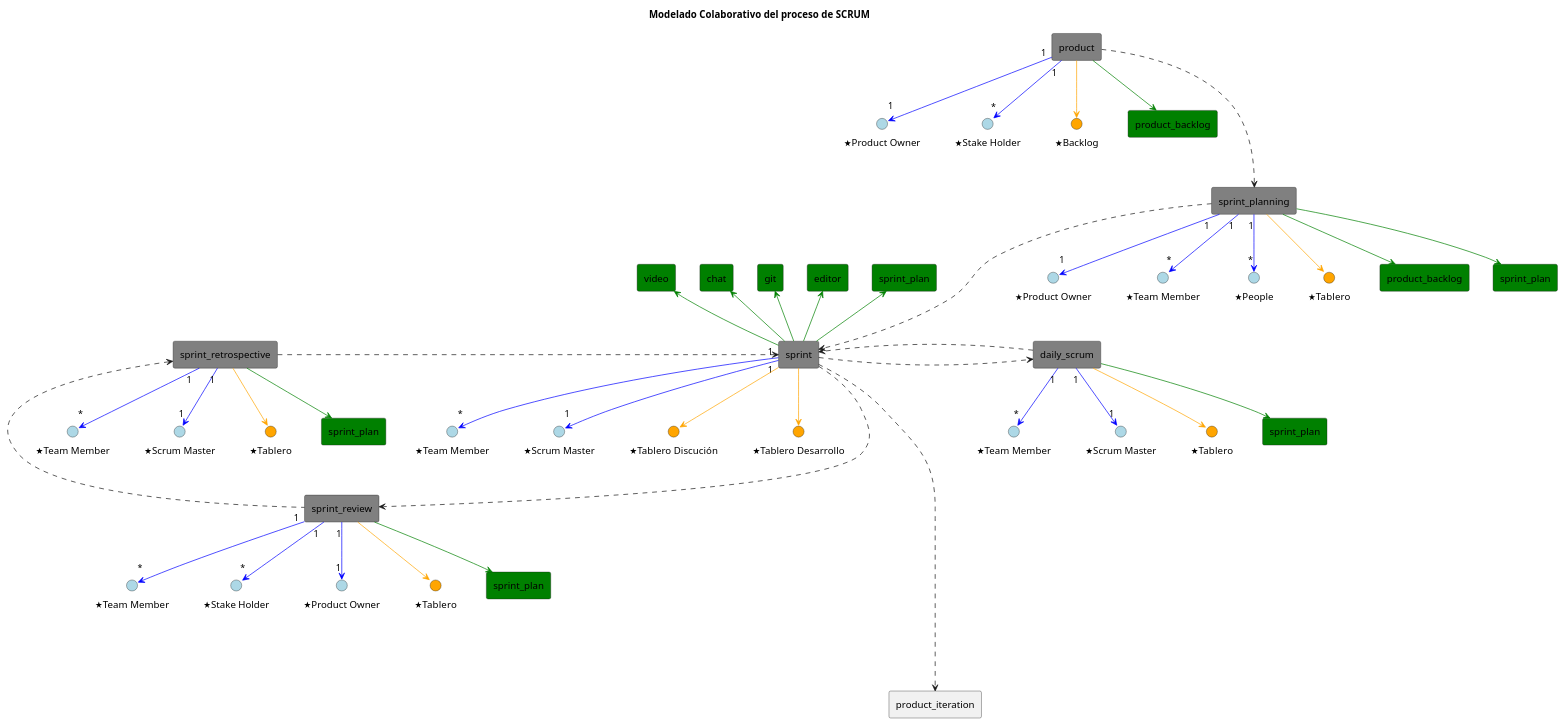
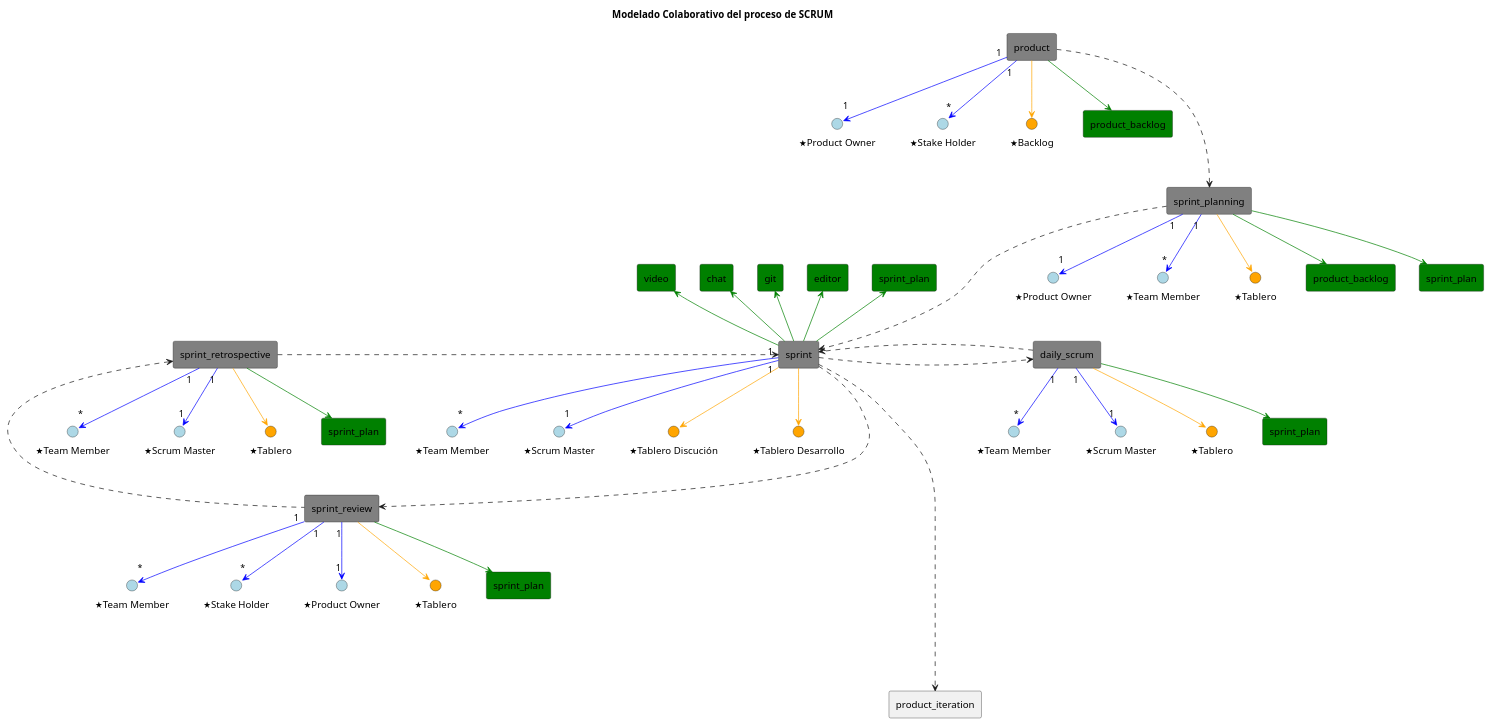
One commit to pablodanielrey/colaborativos changed the diagram in entrega1/scrum.plantuml. Above: the diagram before and after it, drawn with PlantUML.

Commit message:
elimino las personas del sprint planning

```diff
--- a/entrega1/scrum.plantuml
+++ b/entrega1/scrum.plantuml
@@ -2,108 +2,106 @@
 @startuml
 allowmixing
 
 /'
     https://www.scrum.org/resources/what-is-scrum
 '/
 
 title Modelado Colaborativo del proceso de SCRUM
 
 () "<&star>Product Owner" as owner #LightBlue
 () "<&star>Stake Holder" as sh #LightBlue
 () "<&star>Backlog" as backlog #Orange
 rectangle product #Gray
 rectangle product_backlog #Green
 
 product "1" -d[#Blue]-> "1" owner
 product "1" -d[#Blue]-> "*" sh
 product -[#Green]-> product_backlog
 product -[#Orange]-> backlog
 
 
 () "<&star>Product Owner" as owner2 #LightBlue
 () "<&star>Team Member" as tm2 #LightBlue
-() "<&star>People" as people #LightBlue
 () "<&star>Tablero" as tablero2 #Orange
 rectangle sprint_planning #Gray
 rectangle "product_backlog" as product_backlog2 #Green
 rectangle sprint_plan #Green
 sprint_planning "1" -[#Blue]-> "*" tm2
 sprint_planning "1" -[#Blue]-> "1" owner2
-sprint_planning "1" -[#Blue]-> "*" people
 sprint_planning -[#Green]-> product_backlog2
 sprint_planning -[#Green]-> sprint_plan
 sprint_planning -[#Orange]-> tablero2
 product ...> sprint_planning
 
 
 () "<&star>Team Member" as tm3 #LightBlue
 () "<&star>Scrum Master" as sm3 #LightBlue
 () "<&star>Tablero Discución" as tablero3 #Orange
 () "<&star>Tablero Desarrollo" as tablero_desarrollo3 #Orange
 rectangle "sprint_plan" as sprint_plan3 #Green
 rectangle "editor" as editor3 #Green
 rectangle "git" as git3 #Green
 rectangle "chat" as chat3 #Green
 rectangle "video" as video3 #Green
 rectangle sprint #Gray
 
 sprint "1" -[#Blue]-> "*" tm3
 sprint "1" -[#Blue]-> "1" sm3
 sprint -u[#Green]-> sprint_plan3
 sprint -u[#Green]-> editor3
 sprint -u[#Green]-> git3
 sprint -u[#Green]-> chat3
 sprint -u[#Green]-> video3
 sprint -[#Orange]-> tablero3
 sprint -[#Orange]-> tablero_desarrollo3
 sprint_planning ...> sprint
 
 
 () "<&star>Team Member" as tm4 #LightBlue
 () "<&star>Scrum Master" as sm4 #LightBlue
 () "<&star>Tablero" as tablero4 #Orange
 rectangle daily_scrum #Gray
 rectangle "sprint_plan" as sprint_plan4 #Green
 daily_scrum "1" -[#Blue]-> "*" tm4
 daily_scrum "1" -[#Blue]-> "1" sm4
 daily_scrum -[#Green]-> sprint_plan4
 daily_scrum -[#Orange]-> tablero4
 sprint .> daily_scrum
 daily_scrum .> sprint
 
 
 () "<&star>Team Member" as tm5 #LightBlue
 () "<&star>Stake Holder" as sh5 #LightBlue
 () "<&star>Product Owner" as pw5 #LightBlue
 () "<&star>Tablero" as tablero5 #Orange
 rectangle "sprint_plan" as sprint_plan5 #Green
 rectangle sprint_review #Gray
 sprint_review "1" -[#Blue]-> "*" tm5
 sprint_review "1" -[#Blue]-> "*" sh5
 sprint_review "1" -[#Blue]-> "1" pw5
 sprint_review -[#Green]-> sprint_plan5
 sprint_review -[#Orange]-> tablero5
 
 sprint ...> sprint_review
 
 
 () "<&star>Team Member" as tm6 #LightBlue
 () "<&star>Scrum Master" as sm6 #LightBlue
 () "<&star>Tablero" as tablero6 #Orange
 rectangle "sprint_plan" as sprint_plan6 #Green
 rectangle sprint_retrospective #Gray
 sprint_retrospective "1" -[#Blue]-> "*" tm6
 sprint_retrospective "1" -[#Blue]-> "1" sm6
 sprint_retrospective -[#Green]-> sprint_plan6
 sprint_retrospective -[#Orange]-> tablero6
 sprint_review .up.> sprint_retrospective
 sprint_retrospective .> sprint
 
 
 ' iteración del producto
 
 rectangle product_iteration
 sprint ...down...> product_iteration
 
 
 @enduml
```
